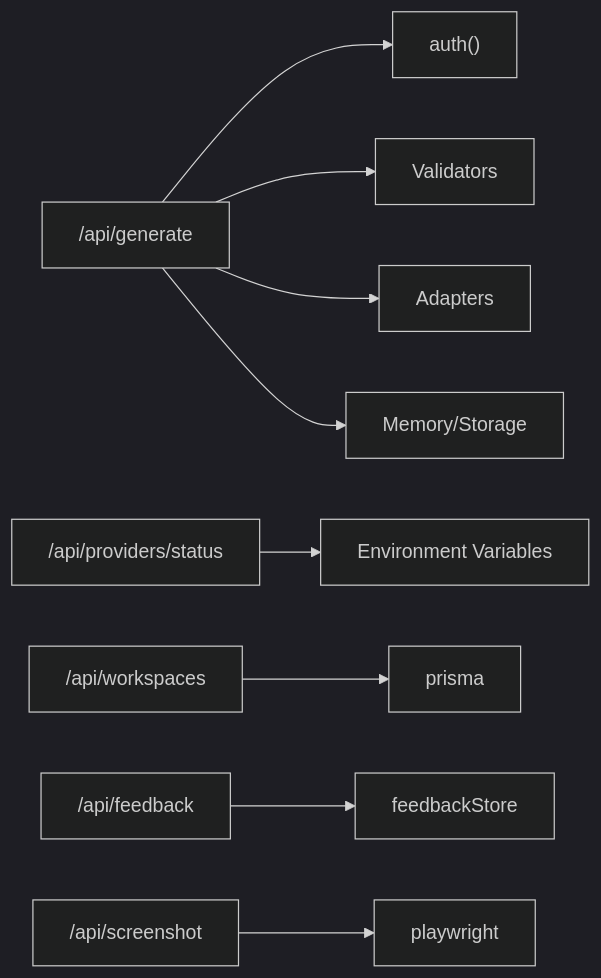
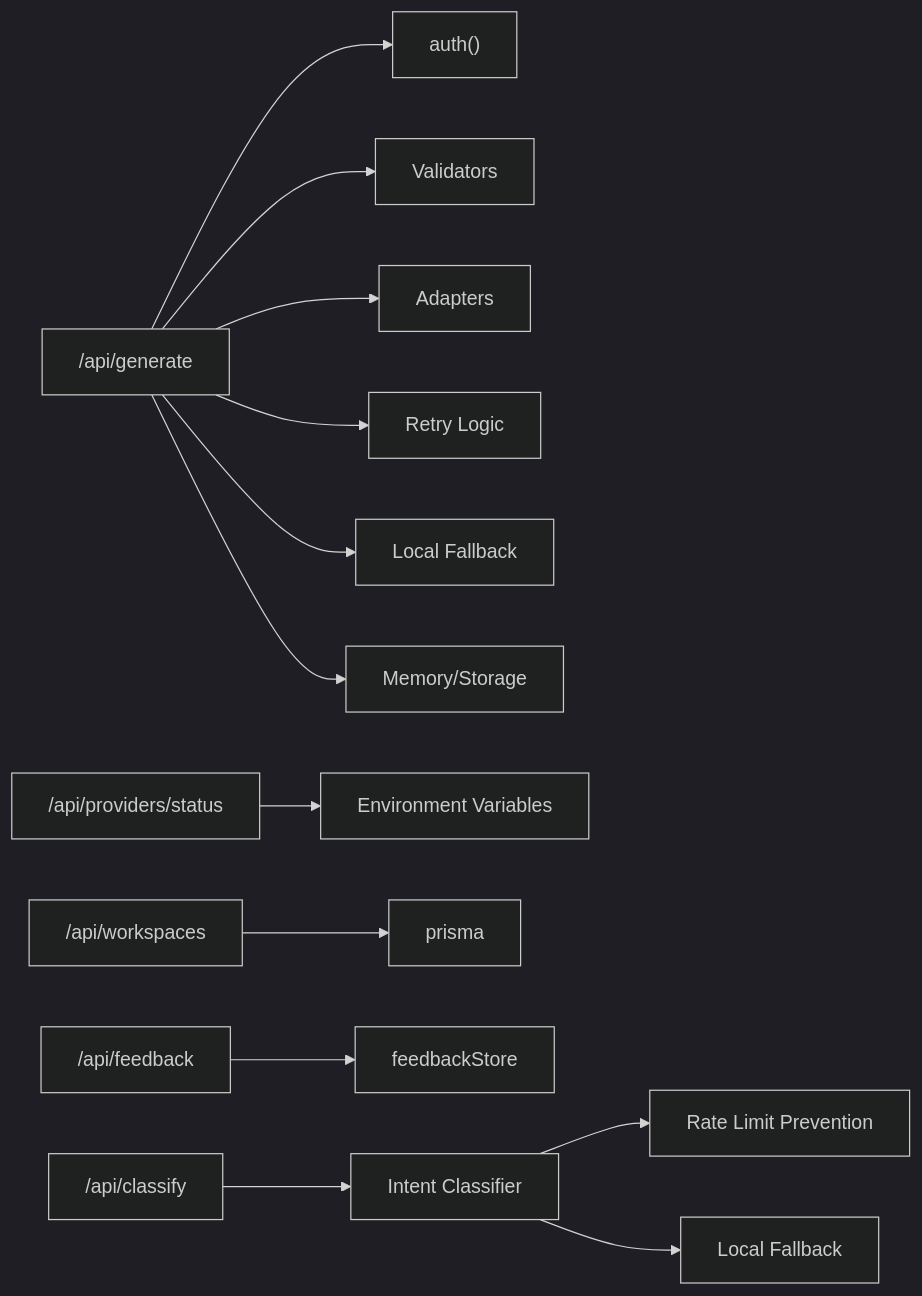
Before and after one commit to shekhargiri005-dotcom/AI-powered-accessibility-first-UI-engine: the third of 4 diagrams in .qoder/repowiki/en/content/API Reference/API Reference.md, drawn with Mermaid (dark theme). The commit also changed other lines of this file and 71 other files, not shown here.

````diff
--- a/.qoder/repowiki/en/content/API Reference/API Reference.md
+++ b/.qoder/repowiki/en/content/API Reference/API Reference.md
@@ -664,11 +648,15 @@
 ```mermaid
 graph LR
 GEN["/api/generate"] --> AUTH["auth()"]
 GEN --> VAL["Validators"]
 GEN --> ADP["Adapters"]
+GEN --> RETRY["Retry Logic"]
+GEN --> FALLBACK["Local Fallback"]
 GEN --> MEM["Memory/Storage"]
 PROV["/api/providers/status"] --> ENV["Environment Variables"]
 WS["/api/workspaces"] --> PRIS["prisma"]
 FEED["/api/feedback"] --> STORE["feedbackStore"]
-SCR["/api/screenshot"] --> PW["playwright"]
+CL["/api/classify"] --> INTENT["Intent Classifier"]
+INTENT --> RETRY2["Rate Limit Prevention"]
+INTENT --> FALLBACK2["Local Fallback"]
 ```
````
